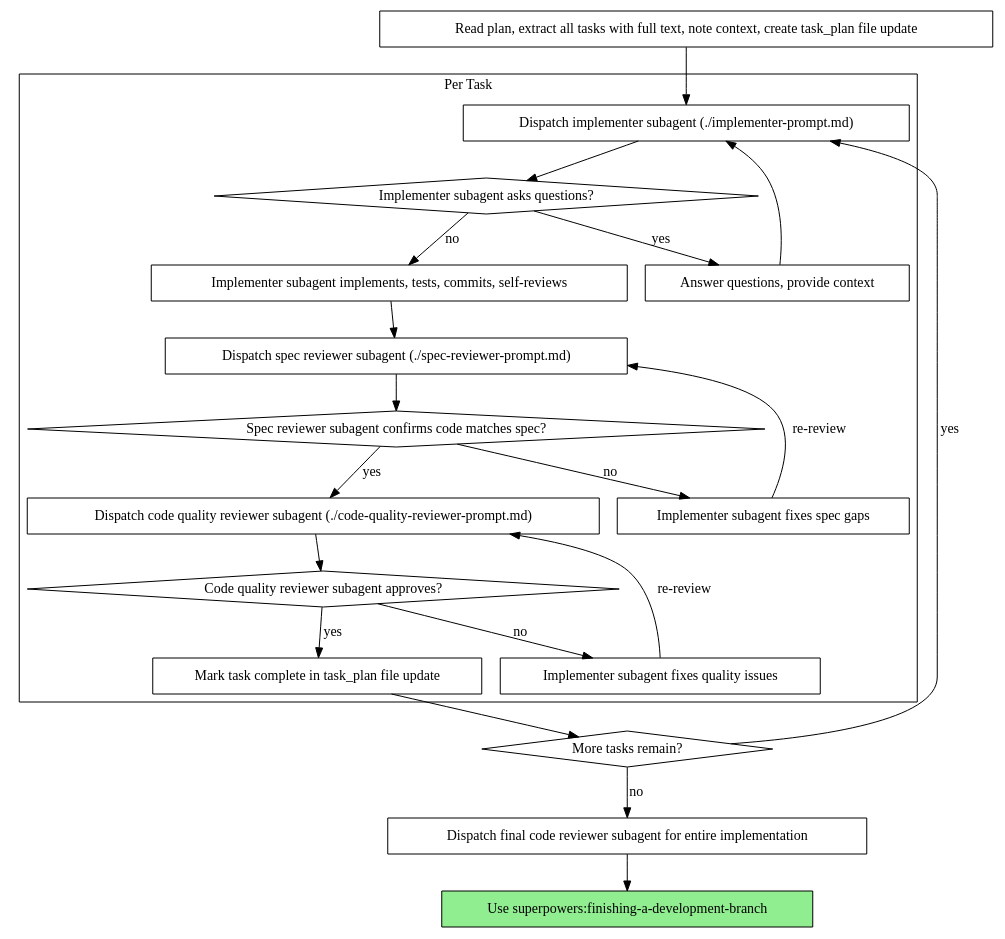
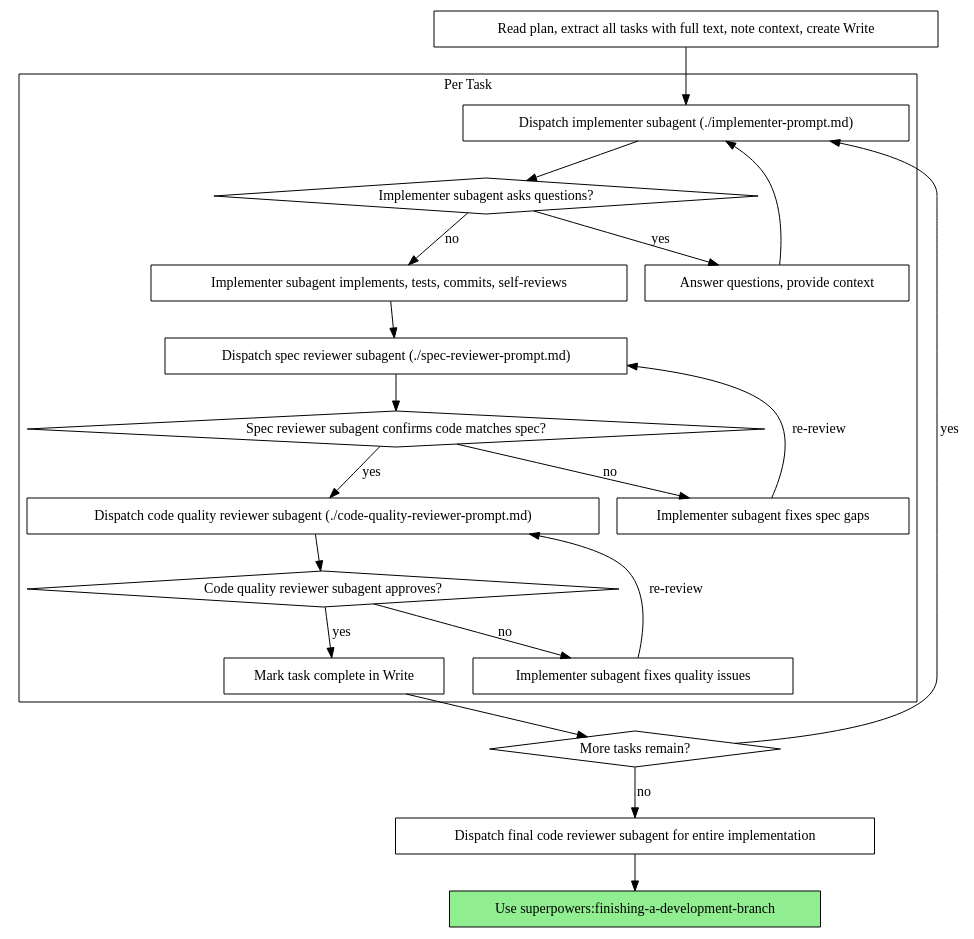
The second of 2 diagrams in task-folder/agents/skills/agents/subagent-driven-development/SKILL.md (REVREBEL/skills-rebuild), drawn with Graphviz before and after one commit. The commit also changed other lines of this file and 2694 other files, not shown here.

````diff
--- a/task-folder/agents/skills/agents/subagent-driven-development/SKILL.md
+++ b/task-folder/agents/skills/agents/subagent-driven-development/SKILL.md
@@ -42,44 +42,44 @@
 ```dot
 digraph process {
     rankdir=TB;
 
     subgraph cluster_per_task {
         label="Per Task";
         "Dispatch implementer subagent (./implementer-prompt.md)" [shape=box];
         "Implementer subagent asks questions?" [shape=diamond];
         "Answer questions, provide context" [shape=box];
         "Implementer subagent implements, tests, commits, self-reviews" [shape=box];
         "Dispatch spec reviewer subagent (./spec-reviewer-prompt.md)" [shape=box];
         "Spec reviewer subagent confirms code matches spec?" [shape=diamond];
         "Implementer subagent fixes spec gaps" [shape=box];
         "Dispatch code quality reviewer subagent (./code-quality-reviewer-prompt.md)" [shape=box];
         "Code quality reviewer subagent approves?" [shape=diamond];
         "Implementer subagent fixes quality issues" [shape=box];
-        "Mark task complete in task_plan file update" [shape=box];
+        "Mark task complete in Write" [shape=box];
     }
 
-    "Read plan, extract all tasks with full text, note context, create task_plan file update" [shape=box];
+    "Read plan, extract all tasks with full text, note context, create Write" [shape=box];
     "More tasks remain?" [shape=diamond];
     "Dispatch final code reviewer subagent for entire implementation" [shape=box];
     "Use superpowers:finishing-a-development-branch" [shape=box style=filled fillcolor=lightgreen];
 
-    "Read plan, extract all tasks with full text, note context, create task_plan file update" -> "Dispatch implementer subagent (./implementer-prompt.md)";
+    "Read plan, extract all tasks with full text, note context, create Write" -> "Dispatch implementer subagent (./implementer-prompt.md)";
     "Dispatch implementer subagent (./implementer-prompt.md)" -> "Implementer subagent asks questions?";
     "Implementer subagent asks questions?" -> "Answer questions, provide context" [label="yes"];
     "Answer questions, provide context" -> "Dispatch implementer subagent (./implementer-prompt.md)";
     "Implementer subagent asks questions?" -> "Implementer subagent implements, tests, commits, self-reviews" [label="no"];
     "Implementer subagent implements, tests, commits, self-reviews" -> "Dispatch spec reviewer subagent (./spec-reviewer-prompt.md)";
     "Dispatch spec reviewer subagent (./spec-reviewer-prompt.md)" -> "Spec reviewer subagent confirms code matches spec?";
     "Spec reviewer subagent confirms code matches spec?" -> "Implementer subagent fixes spec gaps" [label="no"];
     "Implementer subagent fixes spec gaps" -> "Dispatch spec reviewer subagent (./spec-reviewer-prompt.md)" [label="re-review"];
     "Spec reviewer subagent confirms code matches spec?" -> "Dispatch code quality reviewer subagent (./code-quality-reviewer-prompt.md)" [label="yes"];
     "Dispatch code quality reviewer subagent (./code-quality-reviewer-prompt.md)" -> "Code quality reviewer subagent approves?";
     "Code quality reviewer subagent approves?" -> "Implementer subagent fixes quality issues" [label="no"];
     "Implementer subagent fixes quality issues" -> "Dispatch code quality reviewer subagent (./code-quality-reviewer-prompt.md)" [label="re-review"];
-    "Code quality reviewer subagent approves?" -> "Mark task complete in task_plan file update" [label="yes"];
-    "Mark task complete in task_plan file update" -> "More tasks remain?";
+    "Code quality reviewer subagent approves?" -> "Mark task complete in Write" [label="yes"];
+    "Mark task complete in Write" -> "More tasks remain?";
     "More tasks remain?" -> "Dispatch implementer subagent (./implementer-prompt.md)" [label="yes"];
     "More tasks remain?" -> "Dispatch final code reviewer subagent for entire implementation" [label="no"];
     "Dispatch final code reviewer subagent for entire implementation" -> "Use superpowers:finishing-a-development-branch";
 }
 ```
````
